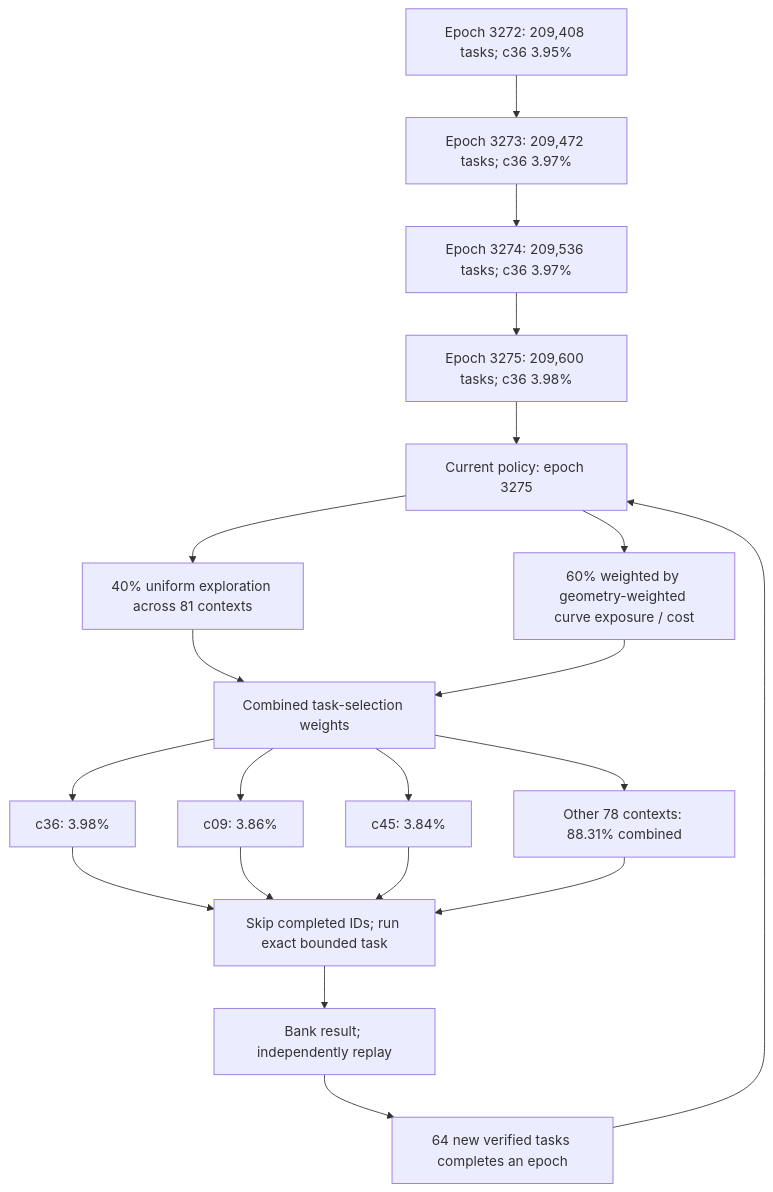
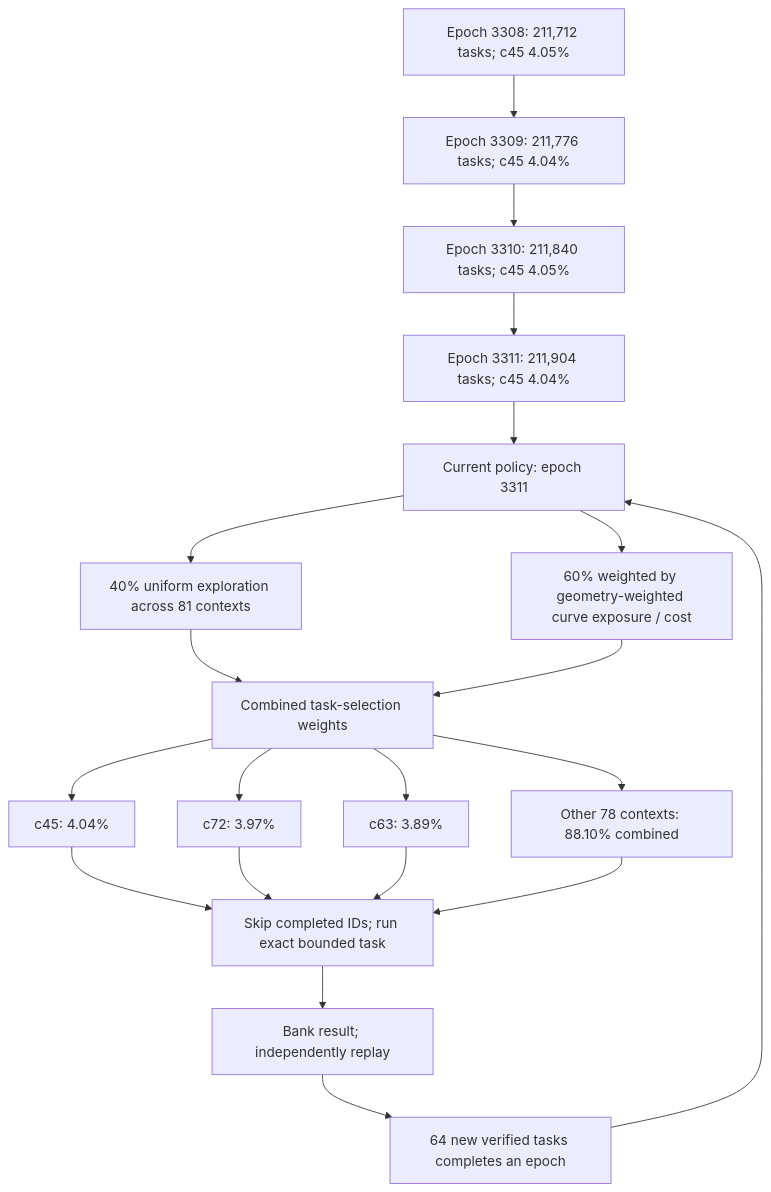
The first of 3 diagrams in README.md (Kuberwastaken/math-gambling), drawn with Mermaid before and after one commit. The commit also changed other lines of this file and 4537 other files, not shown here.

````diff
--- a/README.md
+++ b/README.md
@@ -60,27 +60,27 @@
 ```mermaid
 flowchart TD
-    H0["Epoch 3272: 209,408 tasks; c36 3.95%"]
-    H1["Epoch 3273: 209,472 tasks; c36 3.97%"]
+    H0["Epoch 3308: 211,712 tasks; c45 4.05%"]
+    H1["Epoch 3309: 211,776 tasks; c45 4.04%"]
     H0 --> H1
-    H2["Epoch 3274: 209,536 tasks; c36 3.97%"]
+    H2["Epoch 3310: 211,840 tasks; c45 4.05%"]
     H1 --> H2
-    H3["Epoch 3275: 209,600 tasks; c36 3.98%"]
+    H3["Epoch 3311: 211,904 tasks; c45 4.04%"]
     H2 --> H3
-    Policy["Current policy: epoch 3275"]
+    Policy["Current policy: epoch 3311"]
     H3 --> Policy
     Policy --> Explore["40% uniform exploration across 81 contexts"]
     Policy --> Cost["60% weighted by geometry-weighted curve exposure / cost"]
     Explore --> Mix["Combined task-selection weights"]
     Cost --> Mix
-    Mix --> C0["c36: 3.98%"]
-    Mix --> C1["c09: 3.86%"]
-    Mix --> C2["c45: 3.84%"]
-    Mix --> Rest["Other 78 contexts: 88.31% combined"]
+    Mix --> C0["c45: 4.04%"]
+    Mix --> C1["c72: 3.97%"]
+    Mix --> C2["c63: 3.89%"]
+    Mix --> Rest["Other 78 contexts: 88.10% combined"]
     C0 --> Check["Skip completed IDs; run exact bounded task"]
     C1 --> Check
     C2 --> Check
     Rest --> Check
     Check --> Replay["Bank result; independently replay"]
     Replay --> Gate["64 new verified tasks completes an epoch"]
     Gate --> Policy
 ```
````
